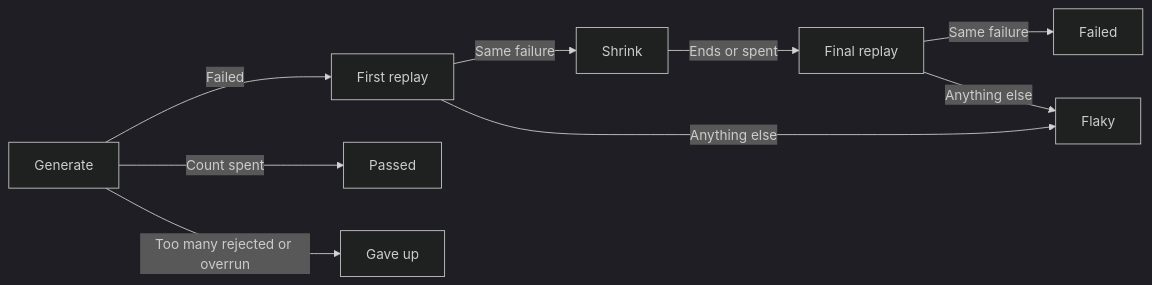
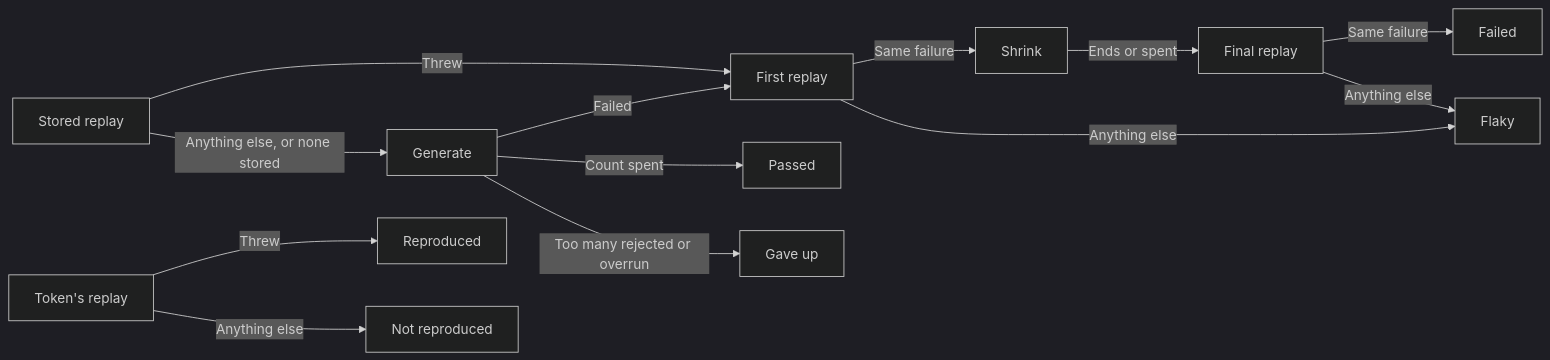
The first of 2 diagrams in docs/architecture.md (lewis-dot-software/grit), drawn with Mermaid (dark theme) before and after one commit. The commit also changed other lines of this file and 32 other files, not shown here.

Commit message:
feat: A failing property replays its stored failure first, and a printed token replays it alone

````diff
--- a/docs/architecture.md
+++ b/docs/architecture.md
@@ -33,11 +33,15 @@
 ```mermaid
 flowchart LR
-  generate["Generate"] -- "Failed" --> confirm["First replay"]
+  stored["Stored replay"] -- "Threw" --> confirm["First replay"]
+  stored -- "Anything else, or none stored" --> generate["Generate"]
+  generate -- "Failed" --> confirm
   generate -- "Count spent" --> passed["Passed"]
   generate -- "Too many rejected or overrun" --> gaveup["Gave up"]
   confirm -- "Same failure" --> shrink["Shrink"]
   confirm -- "Anything else" --> flaky["Flaky"]
   shrink -- "Ends or spent" --> final["Final replay"]
   final -- "Same failure" --> failed["Failed"]
   final -- "Anything else" --> flaky
+  token["Token's replay"] -- "Threw" --> reproduced["Reproduced"]
+  token -- "Anything else" --> notreproduced["Not reproduced"]
 ```
````
